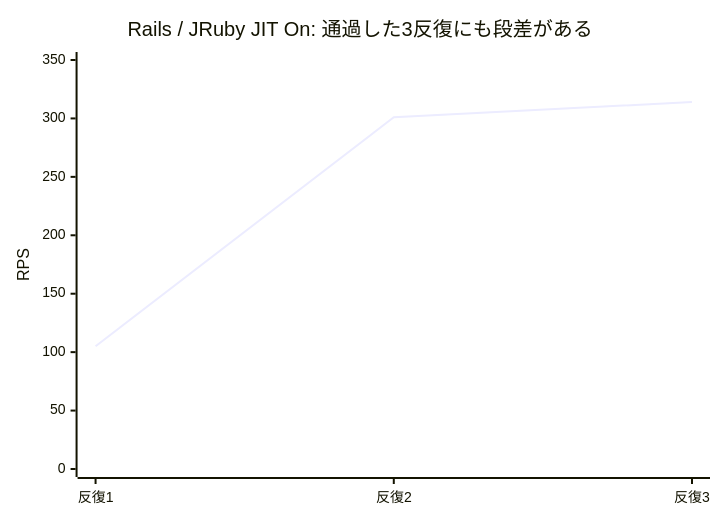
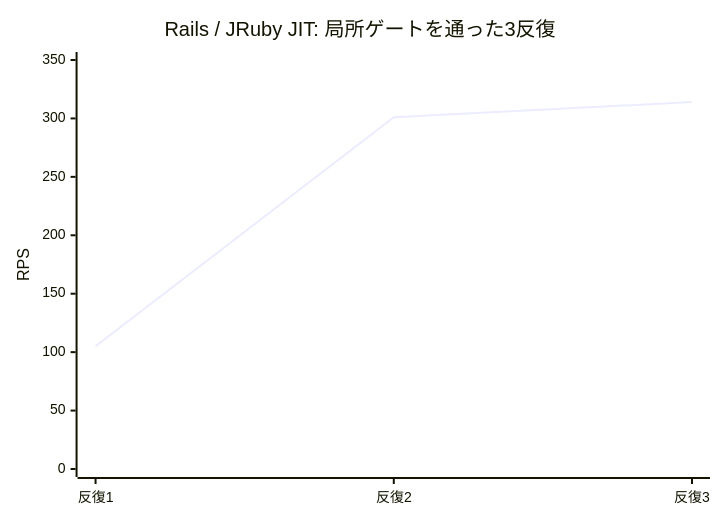
The third of 3 diagrams in docs/roundhouse-rails-jit-aot-report.md (koduki/example-rails-aot), drawn with Mermaid before and after one commit. The commit also changed other lines of this file, not shown here.

Commit message:
Rewrite JIT/AOT report as standalone analysis

```diff
--- a/docs/roundhouse-rails-jit-aot-report.md
+++ b/docs/roundhouse-rails-jit-aot-report.md
@@ -129,7 +113,7 @@
 ~~~mermaid
 xychart-beta
-    title "Rails / JRuby JIT On: 通過した3反復にも段差がある"
+    title "Rails / JRuby JIT: 局所ゲートを通った3反復"
     x-axis ["反復1", "反復2", "反復3"]
     y-axis "RPS" 0 --> 350
     line [105, 301, 314]
 ~~~
```
